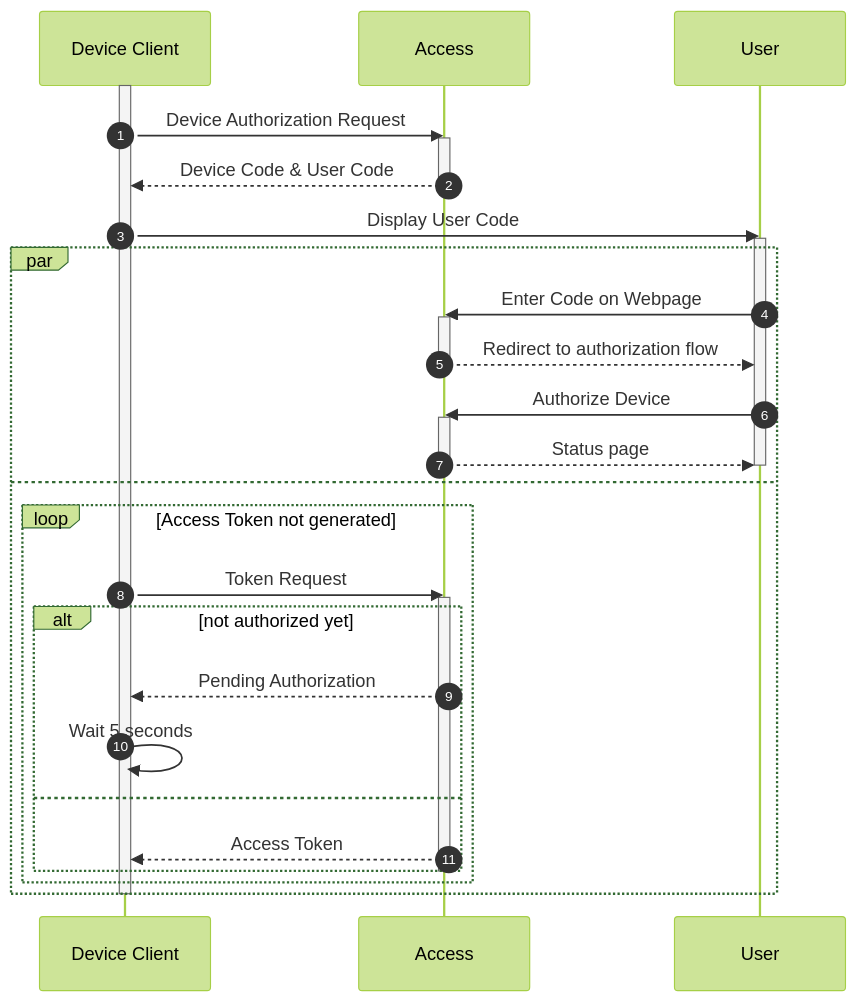
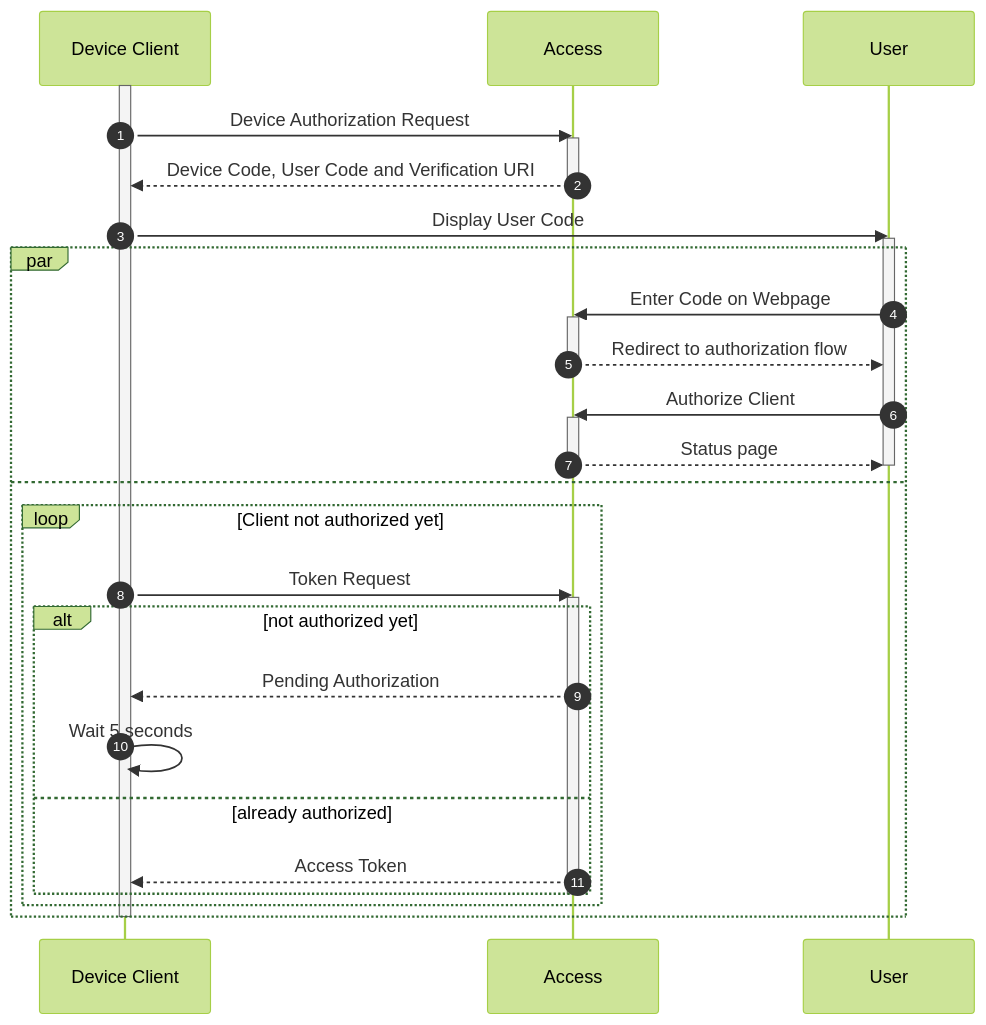
The diagram in docs/products/access/api-reference/description-oauth-endpoint.md (onewelcome/identity-cloud-documentation), drawn with Mermaid (forest theme) before and after one commit. The commit also changed other lines of this file, not shown here.

Commit message:
SAAS-1074 update diagram and its description

````diff
--- a/docs/products/access/api-reference/description-oauth-endpoint.md
+++ b/docs/products/access/api-reference/description-oauth-endpoint.md
@@ -258,39 +258,39 @@
 ```mermaid
 sequenceDiagram
     autonumber
     participant Client as Device Client
     participant Access
     participant User
     activate Client
     Client ->> Access: Device Authorization Request
     activate Access
-    Access -->> Client: Device Code & User Code
+    Access -->> Client: Device Code, User Code and Verification URI
     deactivate Access
     Client ->> User: Display User Code
     activate User
 
     par
         User ->> Access: Enter Code on Webpage
         activate Access
         Access -->> User: Redirect to authorization flow
         deactivate Access
-        User ->> Access: Authorize Device
+        User ->> Access: Authorize Client
         activate Access
         Access -->> User: Status page
         deactivate Access
         deactivate User
     and
-        loop Access Token not generated
+        loop Client not authorized yet
             Client ->> Access: Token Request
             activate Access
             alt not authorized yet
                 Access -->> Client: Pending Authorization
                 Client ->> Client: Wait 5 seconds
-            else
+            else already authorized
                 Access -->> Client: Access Token
             end
             deactivate Access
         end
     end
     deactivate Client
 ```
````
